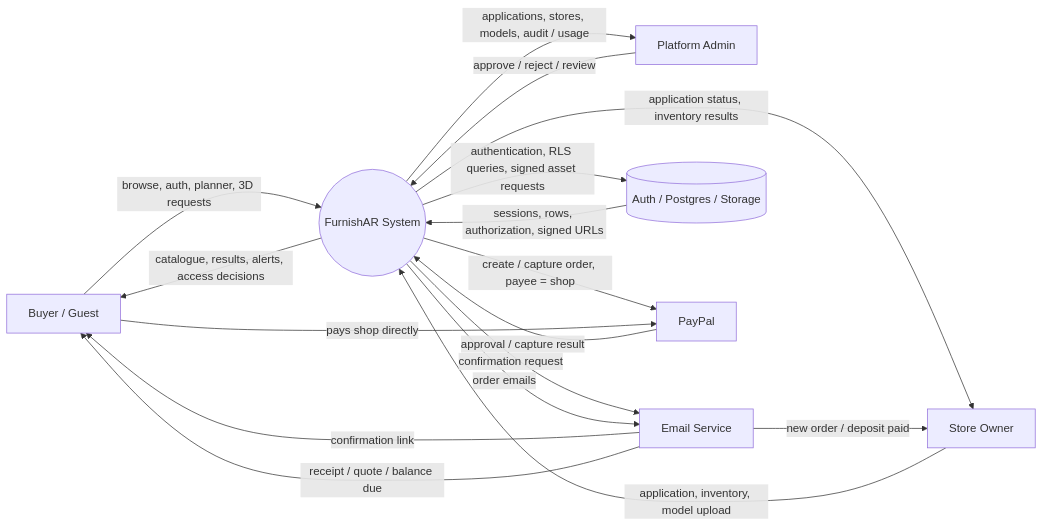
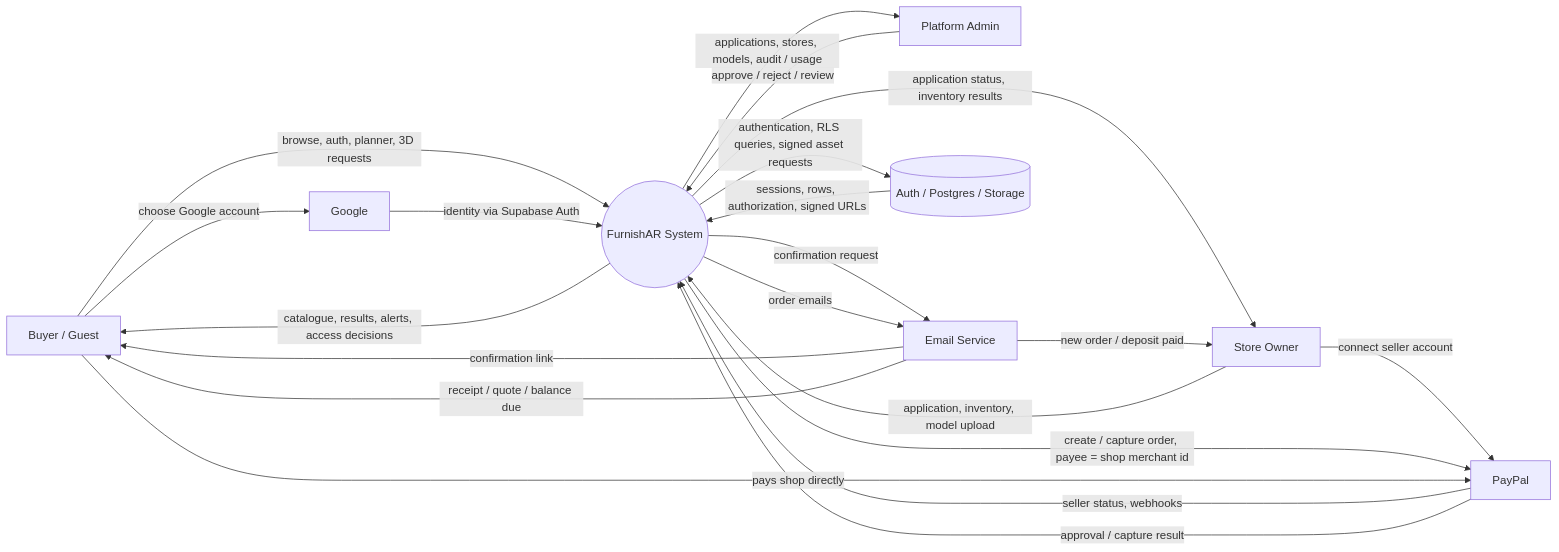
One commit to Kenji0000X/FurnishAR.v1 changed the first of 5 diagrams in docs/FURNISHAR-DFD-V2.md. Above: the diagram before and after it, drawn with Mermaid. The commit also changed other lines of this file and 43 other files, not shown here.

````diff
--- a/docs/FURNISHAR-DFD-V2.md
+++ b/docs/FURNISHAR-DFD-V2.md
@@ -85,32 +99,37 @@
 ```mermaid
 flowchart LR
     B[Buyer / Guest]
     O[Store Owner]
     A[Platform Admin]
     E[Email Service]
     F((FurnishAR System))
     X[(Auth / Postgres / Storage)]
 
     B -->|browse, auth, planner, 3D requests| F
     F -->|catalogue, results, alerts, access decisions| B
 
     O -->|application, inventory, model upload| F
     F -->|application status, inventory results| O
 
     A -->|approve / reject / review| F
     F -->|applications, stores, models, audit / usage| A
 
     F -->|authentication, RLS queries, signed asset requests| X
     X -->|sessions, rows, authorization, signed URLs| F
 
     F -->|confirmation request| E
     E -->|confirmation link| B
 
     PP[PayPal]
-    F -->|create / capture order, payee = shop| PP
+    G[Google]
+    B -->|choose Google account| G
+    G -->|identity via Supabase Auth| F
+    O -->|connect seller account| PP
+    PP -->|seller status, webhooks| F
+    F -->|create / capture order, payee = shop merchant id| PP
     PP -->|approval / capture result| F
     B -->|pays shop directly| PP
     F -->|order emails| E
     E -->|receipt / quote / balance due| B
     E -->|new order / deposit paid| O
 ```
````
